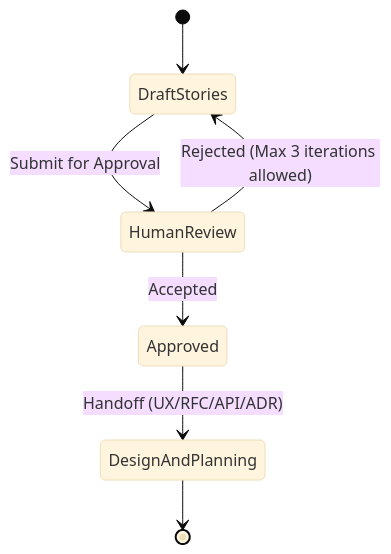
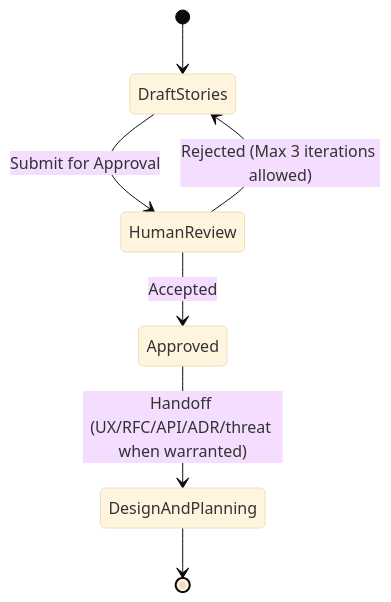
One commit to mjbvilhena/ai-sdlc-harness changed the diagram in mcp-server/data/templates/user_story.md. Above: the diagram before and after it, drawn with Mermaid (base theme). The commit also changed 12 other files, not shown here.

First line of the commit message:
docs: name security and PR skills on the lifecycle mermaid

````diff
--- a/mcp-server/data/templates/user_story.md
+++ b/mcp-server/data/templates/user_story.md
@@ -73,9 +73,9 @@
 ```mermaid
 stateDiagram-v2
     [*] --> DraftStories
     DraftStories --> HumanReview: Submit for Approval
     HumanReview --> DraftStories: Rejected (Max 3 iterations allowed)
     HumanReview --> Approved: Accepted
-    Approved --> DesignAndPlanning: Handoff (UX/RFC/API/ADR)
+    Approved --> DesignAndPlanning: Handoff (UX/RFC/API/ADR/threat when warranted)
     DesignAndPlanning --> [*]
 ```
````
